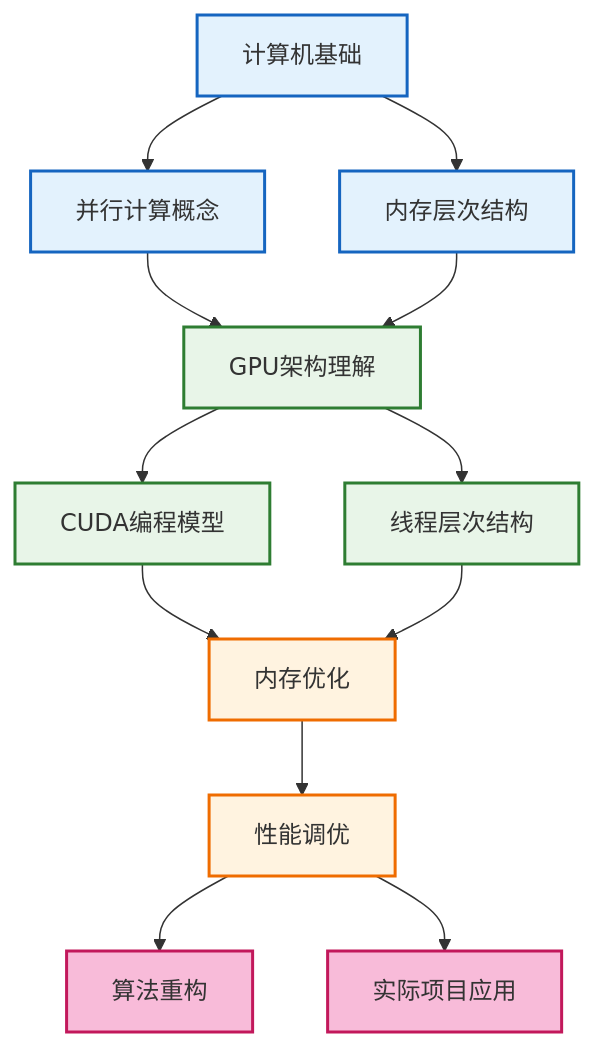
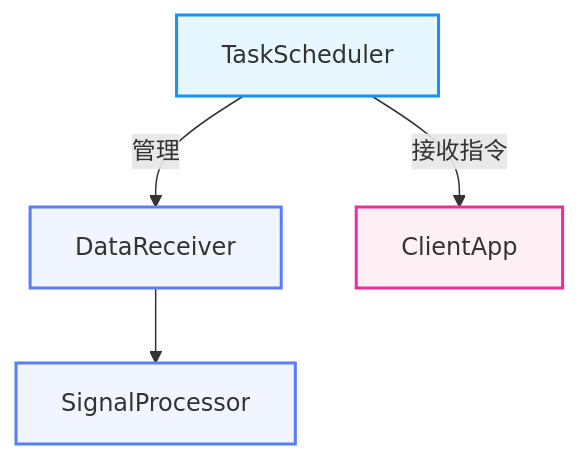
One commit to wendizhou99-cell/Radar changed the first of 12 diagrams in docs/03_技术规范/Mermaid图表规范.md. Above: the diagram before and after it, drawn with Mermaid. The commit also changed other lines of this file and 8 other files, not shown here.

````diff
--- a/docs/03_技术规范/Mermaid图表规范.md
+++ b/docs/03_技术规范/Mermaid图表规范.md
@@ -34,32 +131,19 @@
-```mermaid
-flowchart TD
-    %% 基础层
-    A[计算机基础] --> B[并行计算概念]
-    A --> C[内存层次结构]
-    
-    %% 核心层
-    B --> D[GPU架构理解]
-    C --> D
-    D --> E[CUDA编程模型]
-    D --> F[线程层次结构]
-    
-    %% 应用层
-    E --> G[内存优化]
-    F --> G
-    G --> H[性能调优]
-    
-    %% 高级层
-    H --> I[算法重构]
-    H --> J[实际项目应用]
-    
-    %% 应用全局样式
-    classDef base fill:#e3f2fd,stroke:#1565c0,stroke-width:2px
-    classDef core fill:#e8f5e8,stroke:#2e7d32,stroke-width:2px
-    classDef app fill:#fff3e0,stroke:#ef6c00,stroke-width:2px
-    classDef adv fill:#f8bbd9,stroke:#c2185b,stroke-width:2px
-    
-    class A,B,C base
-    class D,E,F core
-    class G,H app
-    class I,J adv
-```
+        ```mermaid
+        graph TD
+            %% 图例:
+            %% 协调者 (浅蓝): TaskScheduler
+            %% 数据处理模块 (淡紫): DataReceiver, SignalProcessor
+            %% 外部实体 (粉色): ClientApp
+
+            TaskScheduler -- "管理" --> DataReceiver
+            DataReceiver --> SignalProcessor
+            TaskScheduler -- "接收指令" --> ClientApp
+
+            classDef orchestrator fill:#e6f7ff,stroke:#1890ff,stroke-width:2px
+            classDef processor fill:#f0f5ff,stroke:#597ef7,stroke-width:2px
+            classDef external fill:#fff0f6,stroke:#eb2f96,stroke-width:2px
+
+            class TaskScheduler orchestrator
+            class DataReceiver,SignalProcessor processor
+            class ClientApp external
+        ```
````
